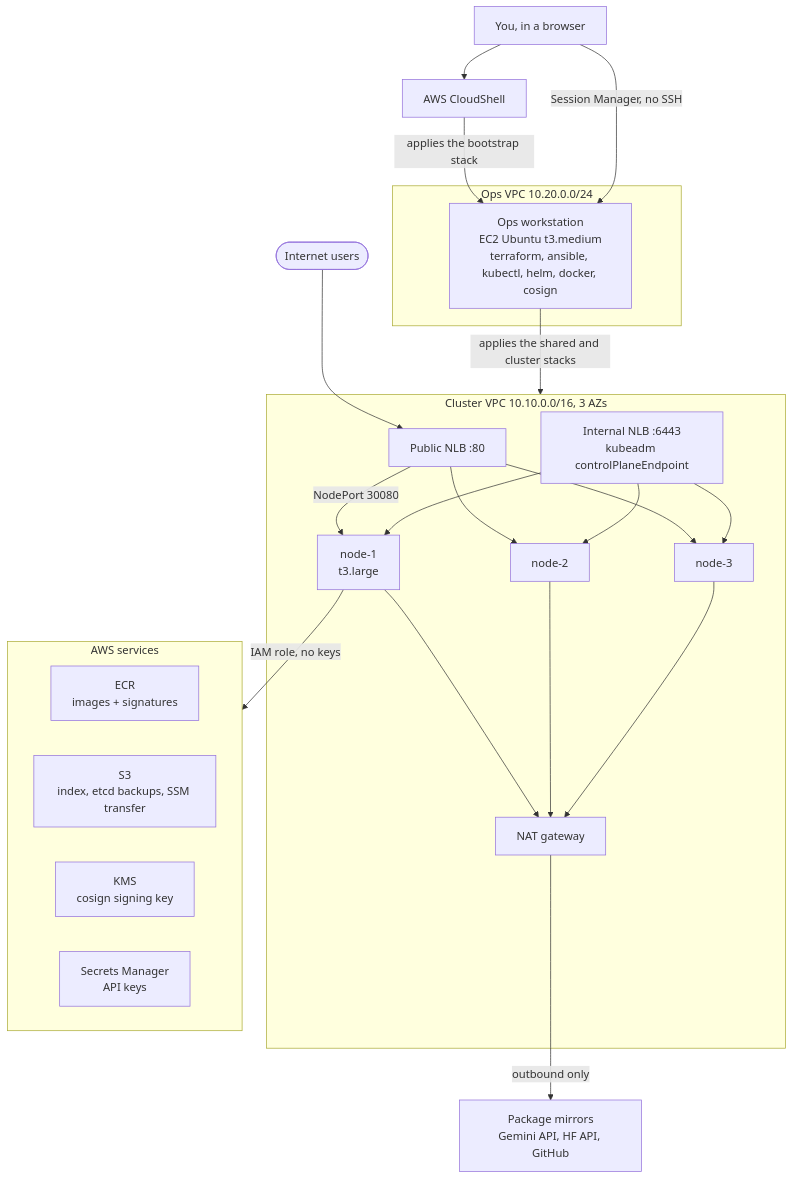
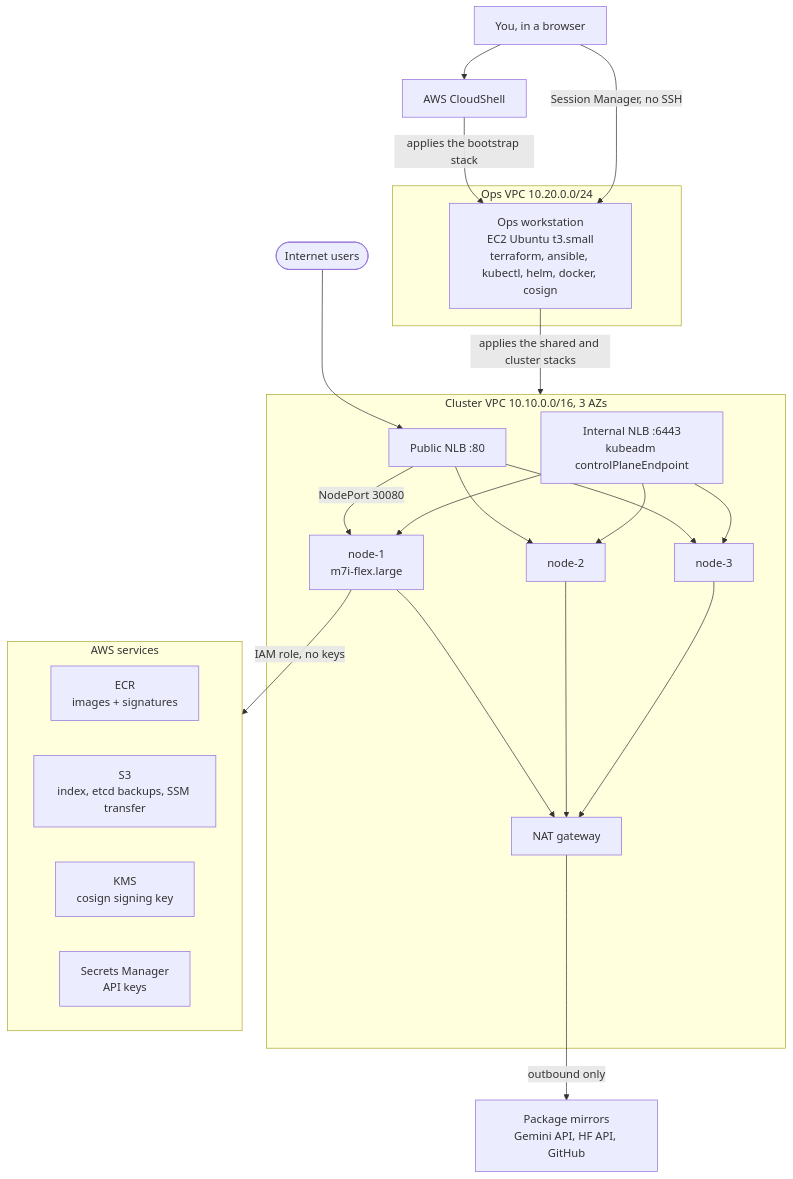
One commit to biabeogo147/Medical-RAG-Chatbot changed the first of 3 diagrams in docs/terraform/README.md. Above: the diagram before and after it, drawn with Mermaid. The commit also changed other lines of this file and 6 other files, not shown here.

````diff
--- a/docs/terraform/README.md
+++ b/docs/terraform/README.md
@@ -12,43 +12,43 @@
 ```mermaid
 flowchart TB
     You["You, in a browser"]
     CS["AWS CloudShell"]
     You --> CS
     CS -->|"applies the bootstrap stack"| WS
 
     subgraph OPS["Ops VPC 10.20.0.0/24"]
-        WS["Ops workstation<br/>EC2 Ubuntu t3.medium<br/>terraform, ansible, kubectl, helm, docker, cosign"]
+        WS["Ops workstation<br/>EC2 Ubuntu t3.small<br/>terraform, ansible, kubectl, helm, docker, cosign"]
     end
 
     You -->|"Session Manager, no SSH"| WS
     WS -->|"applies the shared and cluster stacks"| CLUSTER
 
     subgraph CLUSTER["Cluster VPC 10.10.0.0/16, 3 AZs"]
         PUB["Public NLB :80"]
         API["Internal NLB :6443<br/>kubeadm controlPlaneEndpoint"]
-        N1["node-1<br/>t3.large"]
+        N1["node-1<br/>m7i-flex.large"]
         N2["node-2"]
         N3["node-3"]
         NAT["NAT gateway"]
         PUB -->|"NodePort 30080"| N1
         PUB --> N2
         PUB --> N3
         API --> N1
         API --> N2
         API --> N3
         N1 --> NAT
         N2 --> NAT
         N3 --> NAT
     end
 
     Internet(["Internet users"]) --> PUB
     NAT -->|"outbound only"| EXT["Package mirrors<br/>Gemini API, HF API, GitHub"]
 
     N1 -->|"IAM role, no keys"| SVC
     subgraph SVC["AWS services"]
         ECR["ECR<br/>images + signatures"]
         S3["S3<br/>index, etcd backups, SSM transfer"]
         KMS["KMS<br/>cosign signing key"]
         SM["Secrets Manager<br/>API keys"]
     end
 ```
````
